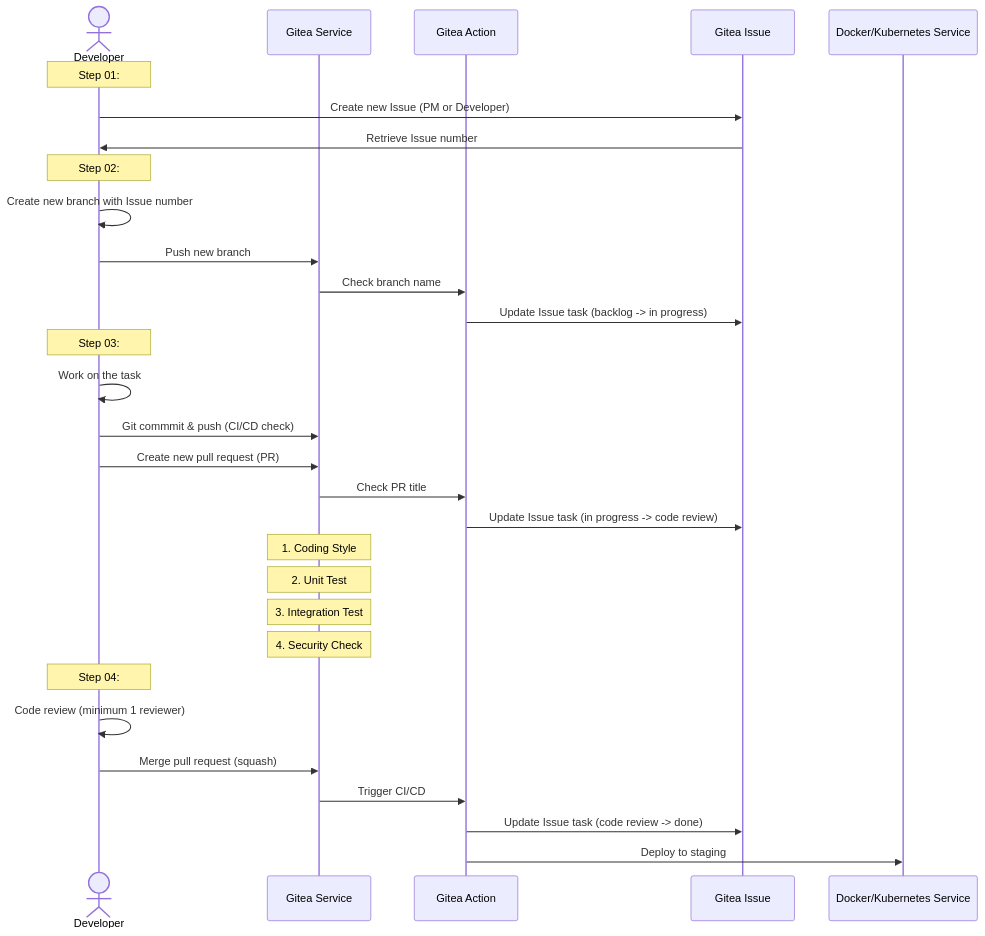
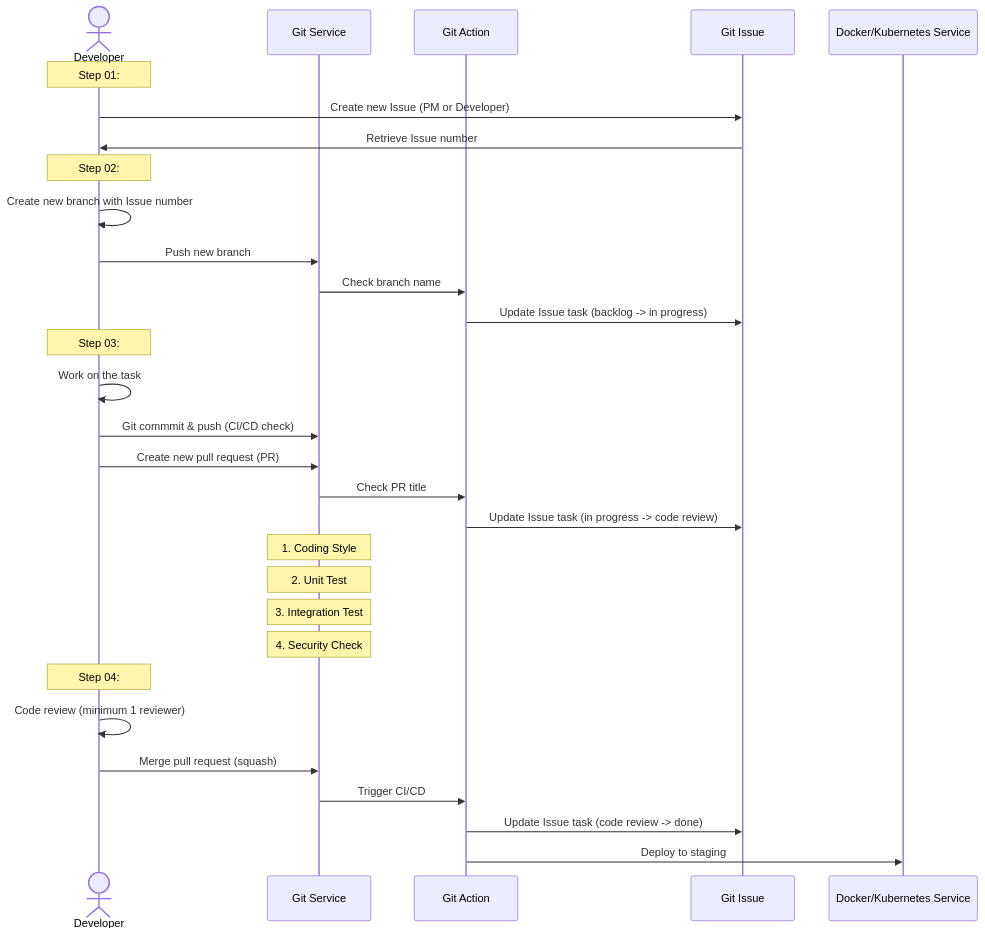
One commit to orient-telecoms/orient-telecoms changed the diagram in README.md. Above: the diagram before and after it, drawn with Mermaid. The commit also changed other lines of this file, not shown here.

Commit message:
docs: replace gitea with git

````diff
--- a/README.md
+++ b/README.md
@@ -23,32 +23,32 @@
 ```mermaid
 sequenceDiagram
     actor Developer
-    participant Gitea Service
-    participant Gitea Action
-    participant Gitea Issue
+    participant Git Service
+    participant Git Action
+    participant Git Issue
     participant Docker/Kubernetes Service
     Note over Developer: Step 01:
-    Developer->>Gitea Issue: Create new Issue (PM or Developer)
-    Gitea Issue->>Developer: Retrieve Issue number
+    Developer->>Git Issue: Create new Issue (PM or Developer)
+    Git Issue->>Developer: Retrieve Issue number
     Note over Developer: Step 02:
     Developer->>Developer: Create new branch with Issue number
-    Developer->>Gitea Service: Push new branch
-    Gitea Service->>Gitea Action: Check branch name
-    Gitea Action->>Gitea Issue: Update Issue task (backlog -> in progress)
+    Developer->>Git Service: Push new branch
+    Git Service->>Git Action: Check branch name
+    Git Action->>Git Issue: Update Issue task (backlog -> in progress)
     Note over Developer: Step 03:
     Developer->>Developer: Work on the task
-    Developer->>Gitea Service: Git commmit & push (CI/CD check)
-    Developer->>Gitea Service: Create new pull request (PR)
-    Gitea Service->>Gitea Action: Check PR title
-    Gitea Action->>Gitea Issue: Update Issue task (in progress -> code review)
-    Note over Gitea Service: 1. Coding Style
-    Note over Gitea Service: 2. Unit Test
-    Note over Gitea Service: 3. Integration Test
-    Note over Gitea Service: 4. Security Check
+    Developer->>Git Service: Git commmit & push (CI/CD check)
+    Developer->>Git Service: Create new pull request (PR)
+    Git Service->>Git Action: Check PR title
+    Git Action->>Git Issue: Update Issue task (in progress -> code review)
+    Note over Git Service: 1. Coding Style
+    Note over Git Service: 2. Unit Test
+    Note over Git Service: 3. Integration Test
+    Note over Git Service: 4. Security Check
     Note over Developer: Step 04:
     Developer->>Developer: Code review (minimum 1 reviewer)
-    Developer->>Gitea Service: Merge pull request (squash)
-    Gitea Service->>Gitea Action: Trigger CI/CD
-    Gitea Action->>Gitea Issue: Update Issue task (code review -> done)
-    Gitea Action->>Docker/Kubernetes Service: Deploy to staging
+    Developer->>Git Service: Merge pull request (squash)
+    Git Service->>Git Action: Trigger CI/CD
+    Git Action->>Git Issue: Update Issue task (code review -> done)
+    Git Action->>Docker/Kubernetes Service: Deploy to staging
 ```
````
